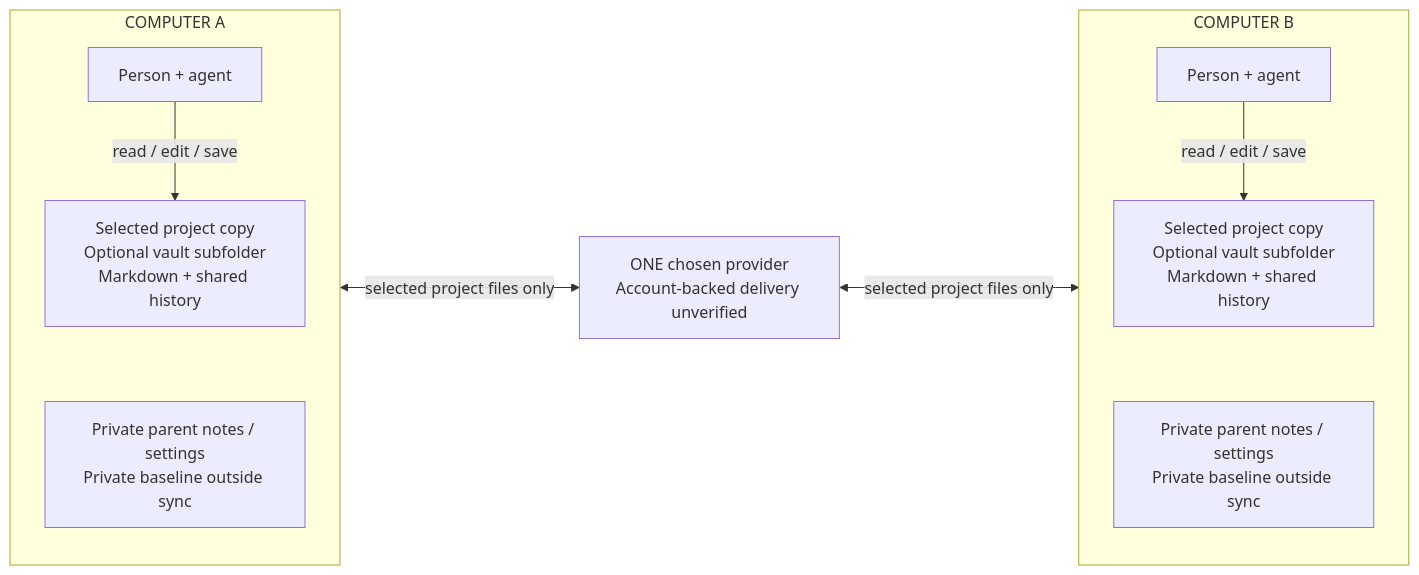
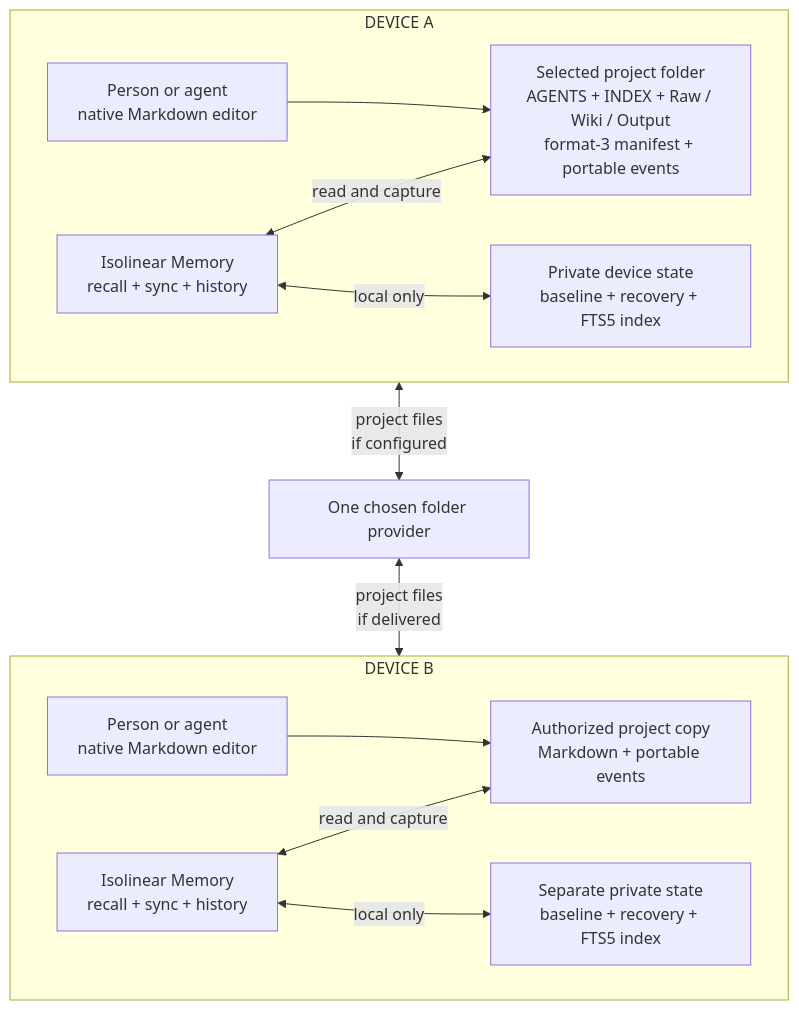
Before and after one commit to Kian-hdr/isolinear-memory: the first of 5 diagrams in README.md, drawn with Mermaid. The commit also changed other lines of this file and 12 other files, not shown here.

First line of the commit message:
Refresh Isolinear Memory README and system diagrams

````diff
--- a/README.md
+++ b/README.md
@@ -50,19 +35,19 @@
 ```mermaid
-flowchart LR
-  accTitle: One shared project, separate local copies
-  accDescr: People and agents edit selected project copies. A chosen provider exchanges only the project files. Private parent notes, settings and local baselines are not shared.
-  subgraph A["COMPUTER A"]
-    direction TB
-    AE["Person + agent"] -->|"read / edit / save"| AF["Selected project copy<br/>Optional vault subfolder<br/>Markdown + shared history"]
-    AF ~~~ AP
-    AP["Private parent notes / settings<br/>Private baseline outside sync"]
+flowchart TB
+  accTitle: One selected project, separate private device state
+  accDescr: Each device holds a selected Markdown project and a private baseline, recovery state and FTS5 index. Isolinear Memory reads and records only the selected project. Provider sync scope is configured separately; the private state is outside the project route.
+  subgraph A["DEVICE A"]
+    direction LR
+    AE["Person or agent<br/>native Markdown editor"] --> AF["Selected project folder<br/>AGENTS + INDEX + Raw / Wiki / Output<br/>format-3 manifest + portable events"]
+    AM["Isolinear Memory<br/>recall + sync + history"] <-->|"read and capture"| AF
+    AM <-->|"local only"| AS["Private device state<br/>baseline + recovery + FTS5 index"]
   end
-  A <-->|"selected project files only"| P["ONE chosen provider<br/>Account-backed delivery unverified"]
-  subgraph B["COMPUTER B"]
-    direction TB
-    BE["Person + agent"] -->|"read / edit / save"| BF["Selected project copy<br/>Optional vault subfolder<br/>Markdown + shared history"]
-    BF ~~~ BP
-    BP["Private parent notes / settings<br/>Private baseline outside sync"]
+  AF <-->|"project files<br/>if configured"| P["One chosen folder provider"]
+  P <-->|"project files<br/>if delivered"| BF
+  subgraph B["DEVICE B"]
+    direction LR
+    BE["Person or agent<br/>native Markdown editor"] --> BF["Authorized project copy<br/>Markdown + portable events"]
+    BM["Isolinear Memory<br/>recall + sync + history"] <-->|"read and capture"| BF
+    BM <-->|"local only"| BS["Separate private state<br/>baseline + recovery + FTS5 index"]
   end
-  P <-->|"selected project files only"| B
 ```
````
